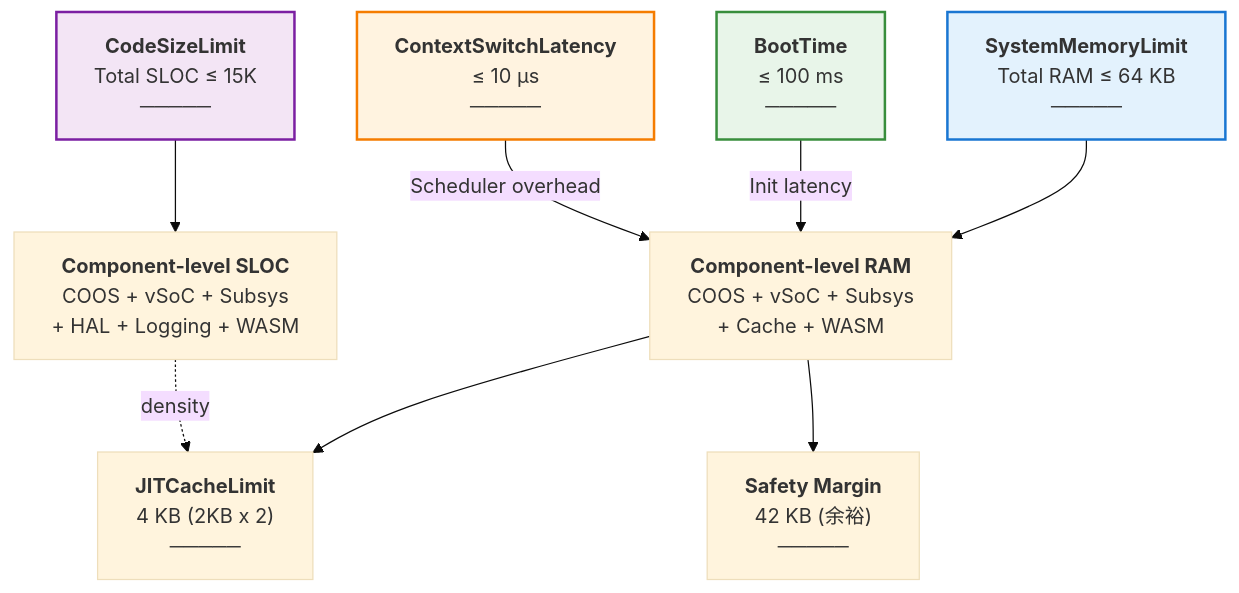
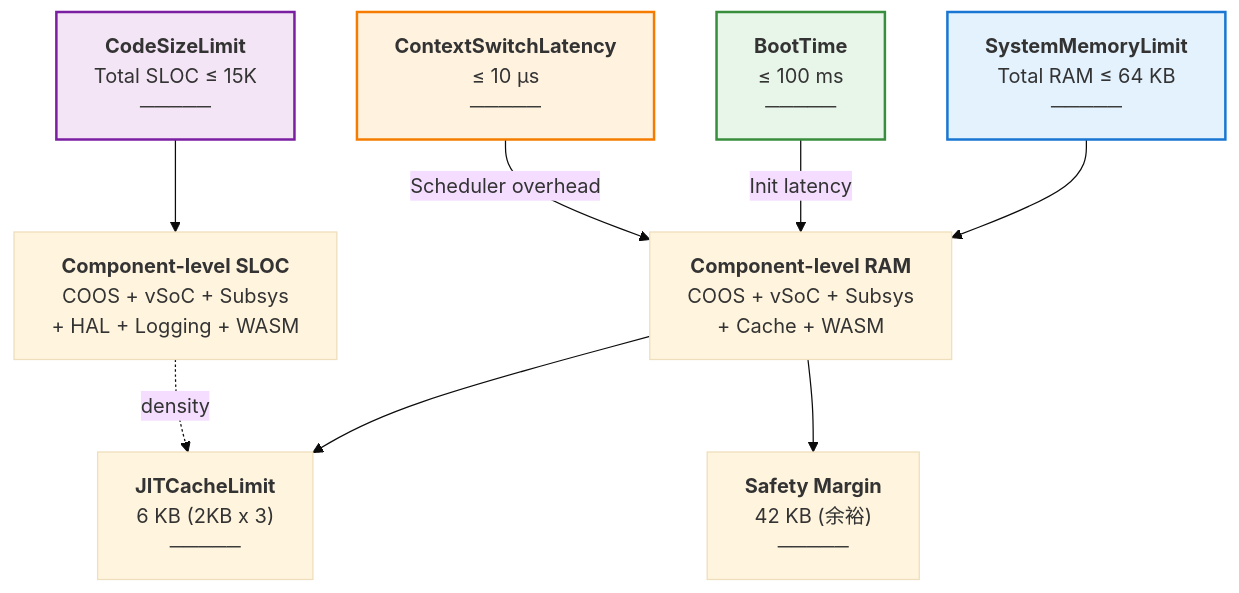
One commit to kmt-t/fireball changed the diagram in docs/architecture/resource_budget.md. Above: the diagram before and after it, drawn with Mermaid (base theme). The commit also changed other lines of this file and 8 other files, not shown here.

````diff
--- a/docs/architecture/resource_budget.md
+++ b/docs/architecture/resource_budget.md
@@ -52,29 +52,29 @@
 ```mermaid
 graph TD
     SystemRAM["<b>SystemMemoryLimit</b><br/>Total RAM ≤ 64 KB<br/>─────"]
     ComponentRAM["<b>Component-level RAM</b><br/>COOS + vSoC + Subsys<br/>+ Cache + WASM"]
-    JITCL["<b>JITCacheLimit</b><br/>4 KB (2KB x 2)<br/>─────"]
+    JITCL["<b>JITCacheLimit</b><br/>6 KB (2KB x 3)<br/>─────"]
     
     CodeSizeL["<b>CodeSizeLimit</b><br/>Total SLOC ≤ 15K<br/>─────"]
     ComponentSLOC["<b>Component-level SLOC</b><br/>COOS + vSoC + Subsys<br/>+ HAL + Logging + WASM"]
     
     BootTimeL["<b>BootTime</b><br/>≤ 100 ms<br/>─────"]
     CtxSwitchL["<b>ContextSwitchLatency</b><br/>≤ 10 μs<br/>─────"]
     
     SafetyMargin["<b>Safety Margin</b><br/>42 KB (余裕)<br/>─────"]
     
     SystemRAM --> ComponentRAM
     ComponentRAM --> JITCL
     ComponentRAM --> SafetyMargin
     
     CodeSizeL --> ComponentSLOC
     ComponentSLOC -.->|density| JITCL
     
     BootTimeL --> |"Init latency"| ComponentRAM
     CtxSwitchL --> |"Scheduler overhead"| ComponentRAM
     
     style SystemRAM fill:#e3f2fd,stroke:#1976d2,stroke-width:2px
     style CodeSizeL fill:#f3e5f5,stroke:#7b1fa2,stroke-width:2px
     style BootTimeL fill:#e8f5e9,stroke:#388e3c,stroke-width:2px
     style CtxSwitchL fill:#fff3e0,stroke:#f57c00,stroke-width:2px
 ```
````
